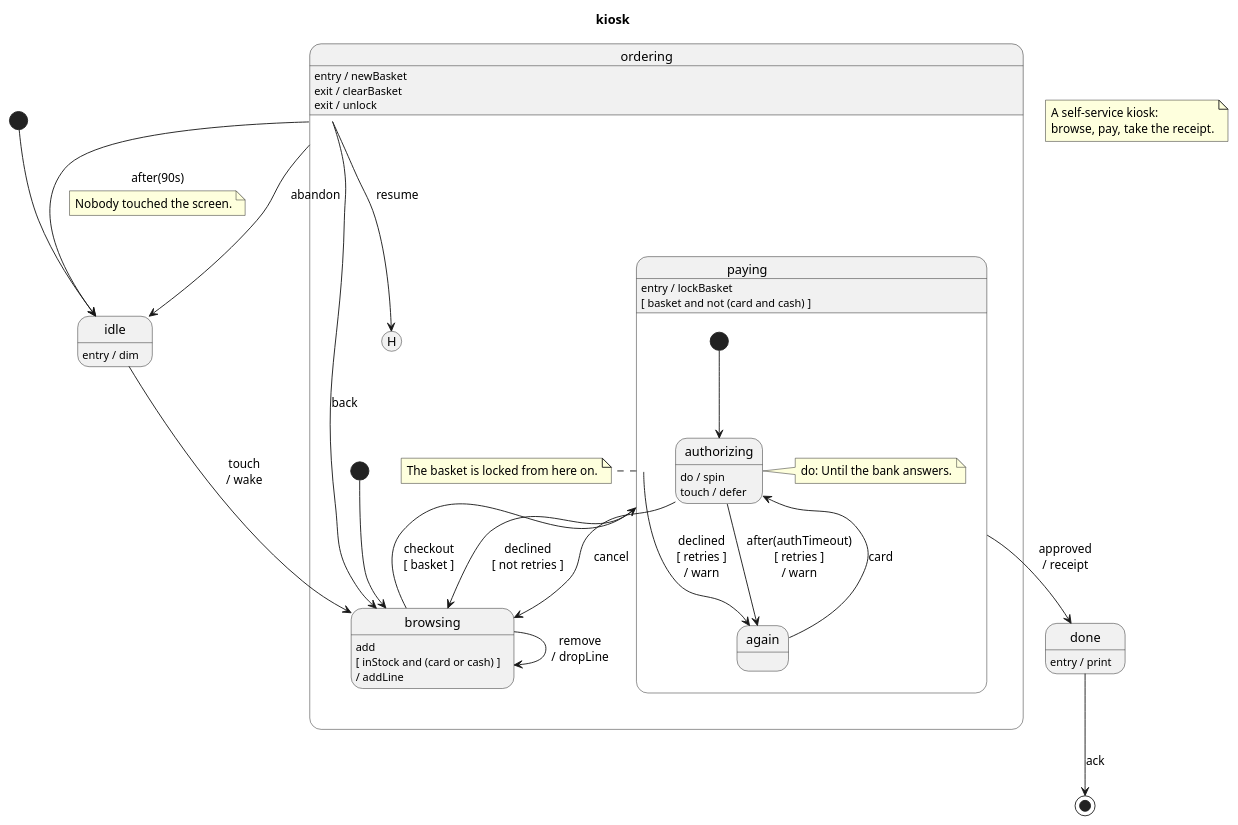
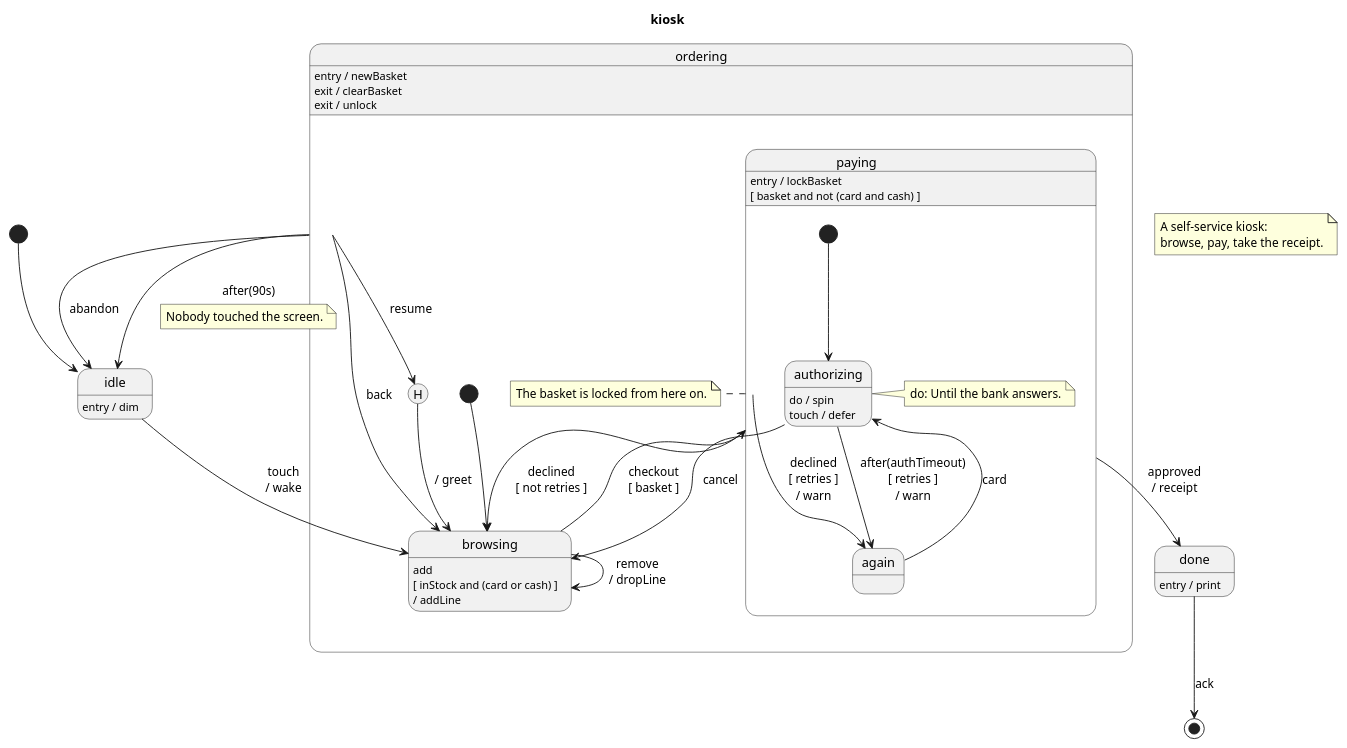
The diagram in example/kiosk.puml (vincedupuis/transplantUML), drawn with PlantUML before and after one commit. The commit also changed 14 other files, not shown here.

```diff
--- a/example/kiosk.puml
+++ b/example/kiosk.puml
@@ -1,48 +1,49 @@
 @startuml
 title kiosk
 note as machineNote
     A self-service kiosk:
     browse, pay, take the receipt.
 end note
 [*] --> idle
 state idle
 idle : entry / dim
 state ordering {
     [*] --> browsing
     state browsing
     state paying {
         [*] --> authorizing
         state authorizing
         authorizing : do / spin
         authorizing : touch / defer
         note right of authorizing : do: Until the bank answers.
         state again
         authorizing --> again: after(authTimeout)\n[ retries ]\n/ warn
         again --> authorizing: card
     }
     paying : entry / lockBasket
     paying : [ basket and not (card and cash) ]
     note right of paying : The basket is locked from here on.
     state "ordering.H" as ordering_H <<history>>
     browsing : add\n[ inStock and (card or cash) ]\n/ addLine
     browsing --> browsing: remove\n/ dropLine
     browsing --> paying: checkout\n[ basket ]
     paying --> again: declined\n[ retries ]\n/ warn
     paying --> browsing: declined\n[ not retries ]
     authorizing --> browsing: cancel
+    ordering_H --> browsing: / greet
 }
 ordering : entry / newBasket
 ordering : exit / clearBasket
 ordering : exit / unlock
 state done
 done : entry / print
 state final <<end>>
 idle --> browsing: touch\n/ wake
 ordering --> idle: abandon
 ordering --> idle: after(90s)
 note on link : Nobody touched the screen.
 ordering --> ordering_H: resume
 ordering --> browsing: back
 paying --> done: approved\n/ receipt
 done --> final: ack
 @enduml
```
